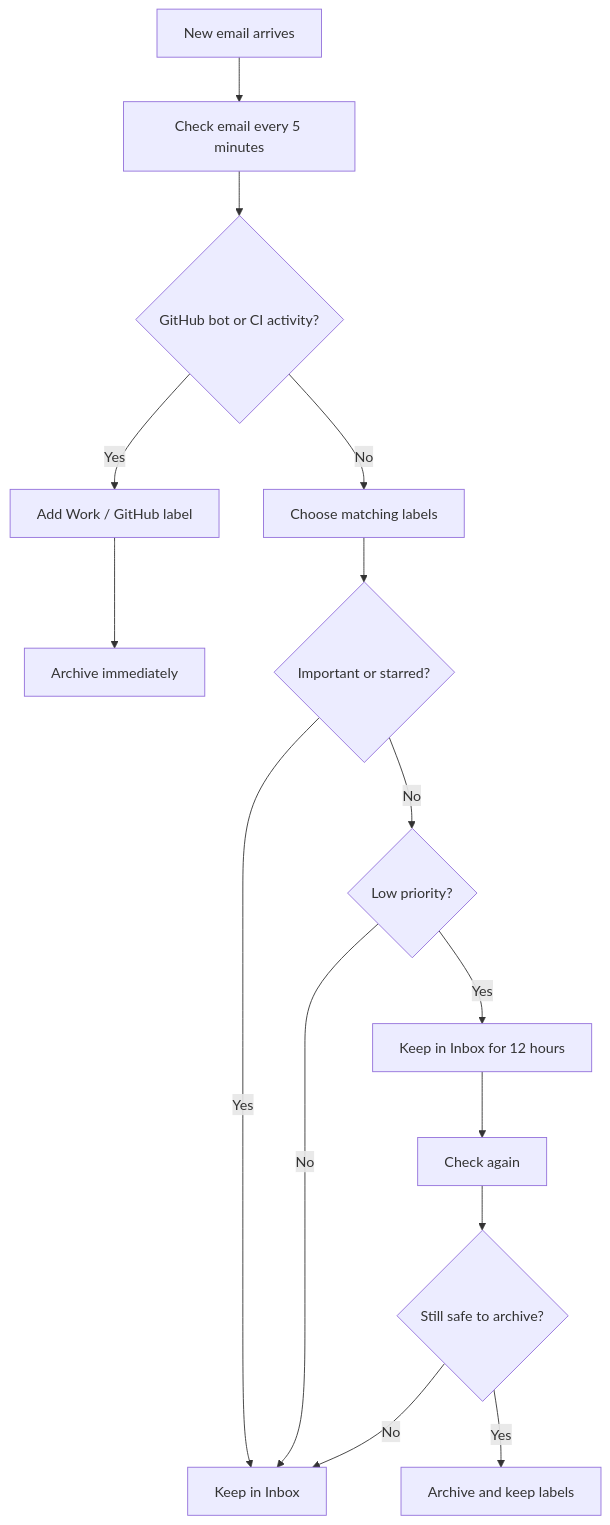
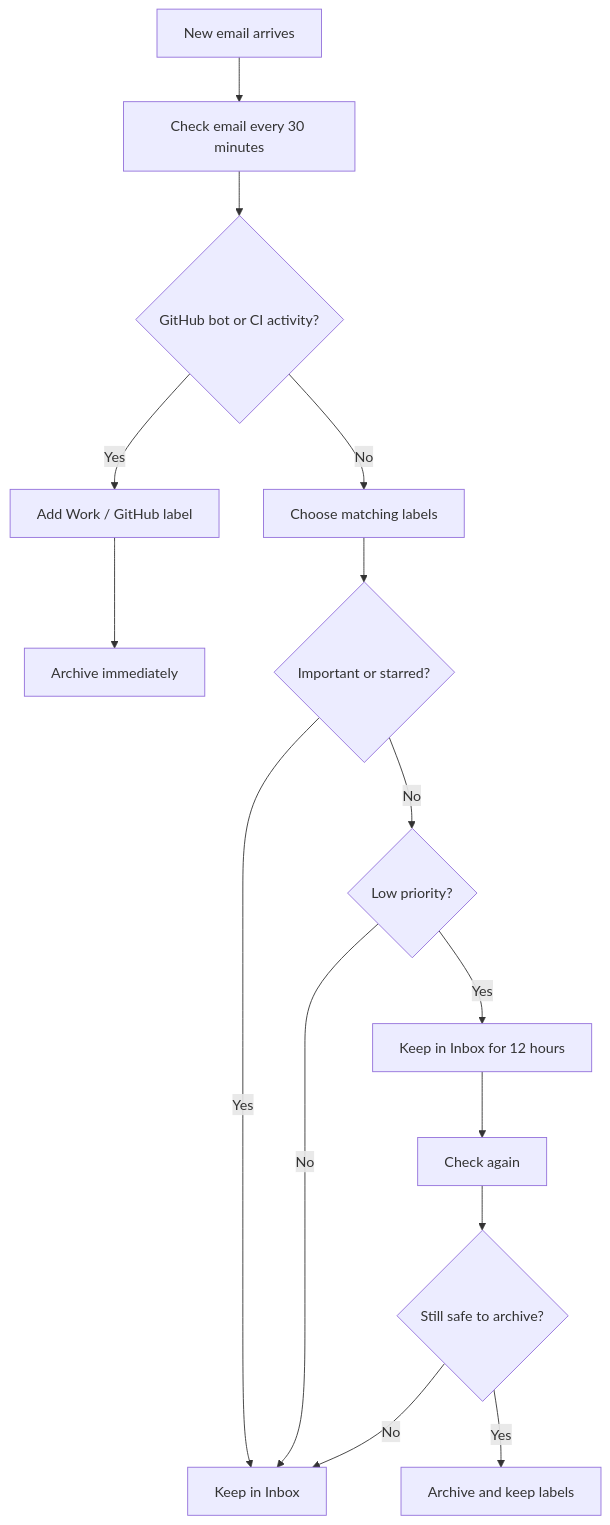
Before and after one commit to franciscortez/google-filtering-label: the diagram in README.md, drawn with Mermaid. The commit also changed other lines of this file and 2 other files, not shown here.

First line of the commit message:
chore(automation): run inbox check every 30 minutes

````diff
--- a/README.md
+++ b/README.md
@@ -12,17 +12,17 @@
 ```mermaid
 flowchart TD
-    A[New email arrives] --> B[Check email every 5 minutes]
+    A[New email arrives] --> B[Check email every 30 minutes]
     B --> C{GitHub bot or CI activity?}
     C -- Yes --> D[Add Work / GitHub label]
     D --> E[Archive immediately]
     C -- No --> F[Choose matching labels]
     F --> G{Important or starred?}
     G -- Yes --> H[Keep in Inbox]
     G -- No --> I{Low priority?}
     I -- No --> H
     I -- Yes --> J[Keep in Inbox for 12 hours]
     J --> K[Check again]
     K --> L{Still safe to archive?}
     L -- No --> H
     L -- Yes --> M[Archive and keep labels]
 ```
````
